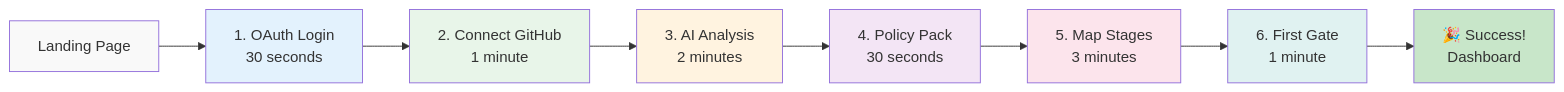
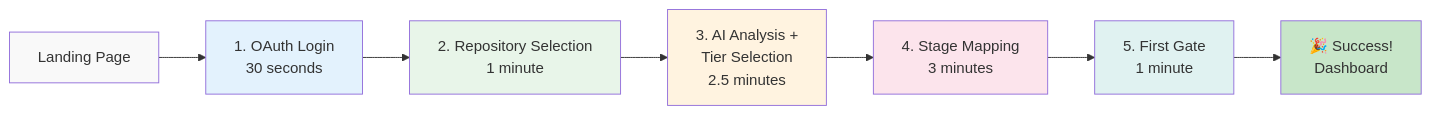
One commit to Minh-Tam-Solution/sdlc-orchestrator1 changed the fourth of 4 diagrams in docs/02-design/08-User-Experience/User-Onboarding-Flow-Architecture.md. Above: the diagram before and after it, drawn with Mermaid. The commit also changed other lines of this file and 356 other files, not shown here.

````diff
--- a/docs/02-design/08-User-Experience/User-Onboarding-Flow-Architecture.md
+++ b/docs/02-design/08-User-Experience/User-Onboarding-Flow-Architecture.md
@@ -60,19 +417,17 @@
 ```mermaid
 graph LR
     START[Landing Page] --> AUTH[1. OAuth Login<br/>30 seconds]
-    AUTH --> CONNECT[2. Connect GitHub<br/>1 minute]
-    CONNECT --> AI[3. AI Analysis<br/>2 minutes]
-    AI --> RECOMMEND[4. Policy Pack<br/>30 seconds]
-    RECOMMEND --> MAP[5. Map Stages<br/>3 minutes]
-    MAP --> EVAL[6. First Gate<br/>1 minute]
+    AUTH --> CONNECT[2. Repository Selection<br/>1 minute]
+    CONNECT --> TIER[3. AI Analysis +<br/>Tier Selection<br/>2.5 minutes]
+    TIER --> MAP[4. Stage Mapping<br/>3 minutes]
+    MAP --> EVAL[5. First Gate<br/>1 minute]
     EVAL --> SUCCESS[🎉 Success!<br/>Dashboard]
 
     style START fill:#f9f9f9
     style AUTH fill:#e3f2fd
     style CONNECT fill:#e8f5e9
-    style AI fill:#fff3e0
-    style RECOMMEND fill:#f3e5f5
+    style TIER fill:#fff3e0
     style MAP fill:#fce4ec
     style EVAL fill:#e0f2f1
     style SUCCESS fill:#c8e6c9
 ```
````
